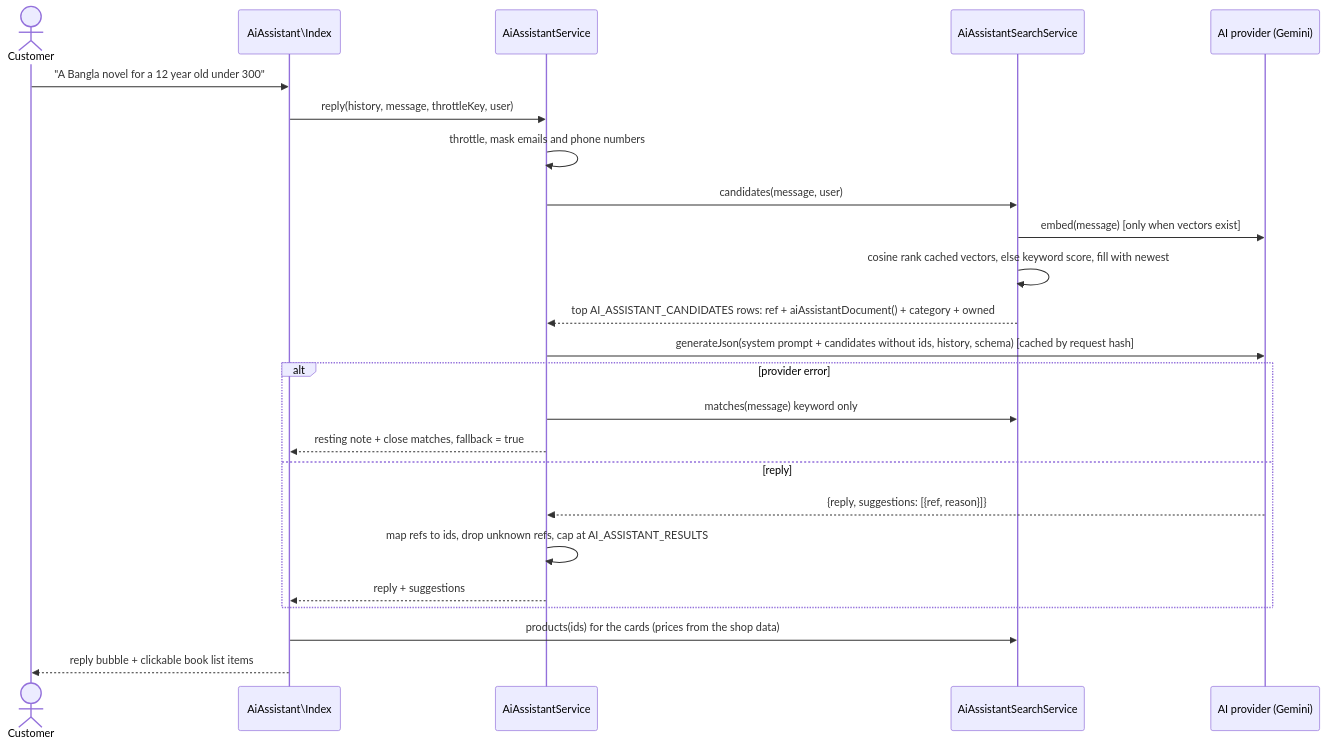
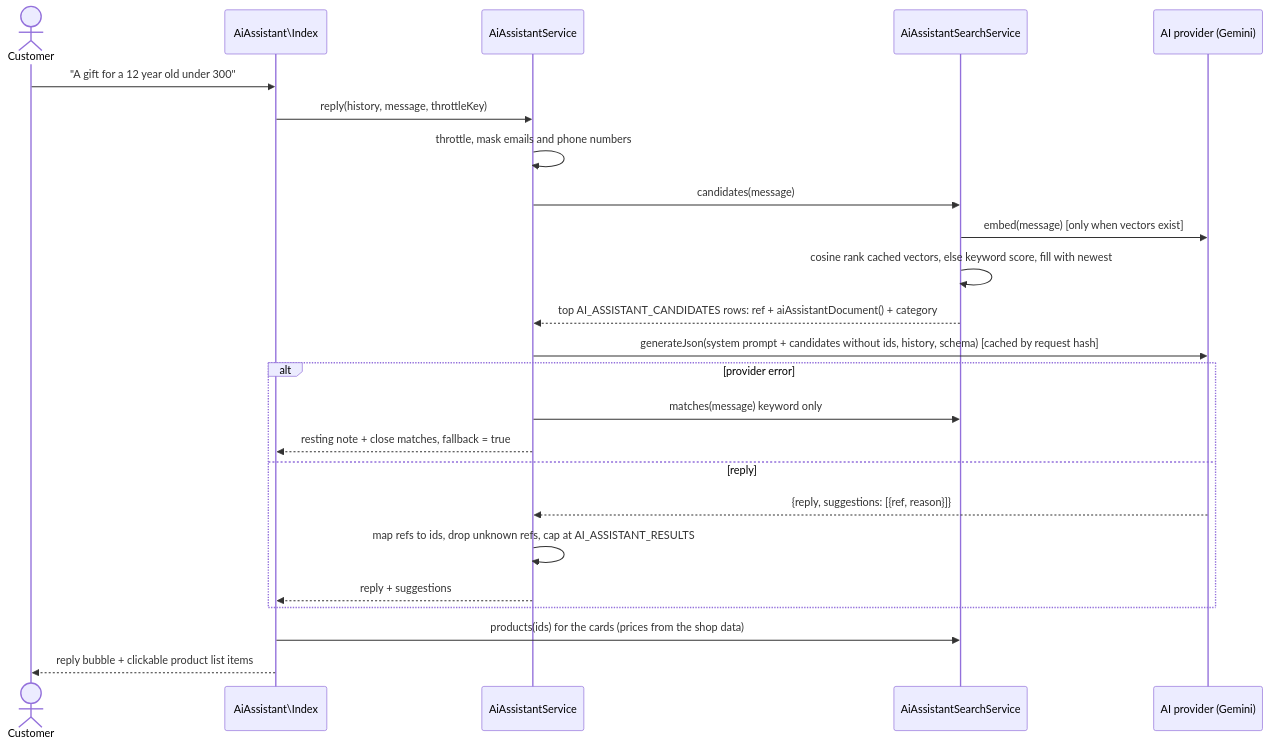
Before and after one commit to salehibneomar/amar-ecommerce: diagram 11 of 11 in DIAGRAM.md, drawn with Mermaid. The commit also changed other lines of this file and 246 other files, not shown here.

````diff
--- a/DIAGRAM.md
+++ b/DIAGRAM.md
@@ -620,27 +622,27 @@
 ```mermaid
 sequenceDiagram
     actor C as Customer
     participant LW as AiAssistant\Index
     participant AS as AiAssistantService
     participant SS as AiAssistantSearchService
     participant P as AI provider (Gemini)
 
-    C->>LW: "A Bangla novel for a 12 year old under 300"
-    LW->>AS: reply(history, message, throttleKey, user)
+    C->>LW: "A gift for a 12 year old under 300"
+    LW->>AS: reply(history, message, throttleKey)
     AS->>AS: throttle, mask emails and phone numbers
-    AS->>SS: candidates(message, user)
+    AS->>SS: candidates(message)
     SS->>P: embed(message) [only when vectors exist]
     SS->>SS: cosine rank cached vectors, else keyword score, fill with newest
-    SS-->>AS: top AI_ASSISTANT_CANDIDATES rows: ref + aiAssistantDocument() + category + owned
+    SS-->>AS: top AI_ASSISTANT_CANDIDATES rows: ref + aiAssistantDocument() + category
     AS->>P: generateJson(system prompt + candidates without ids, history, schema) [cached by request hash]
     alt provider error
         AS->>SS: matches(message) keyword only
         AS-->>LW: resting note + close matches, fallback = true
     else reply
         P-->>AS: {reply, suggestions: [{ref, reason}]}
         AS->>AS: map refs to ids, drop unknown refs, cap at AI_ASSISTANT_RESULTS
         AS-->>LW: reply + suggestions
     end
     LW->>SS: products(ids) for the cards (prices from the shop data)
-    LW-->>C: reply bubble + clickable book list items
+    LW-->>C: reply bubble + clickable product list items
 ```
````
